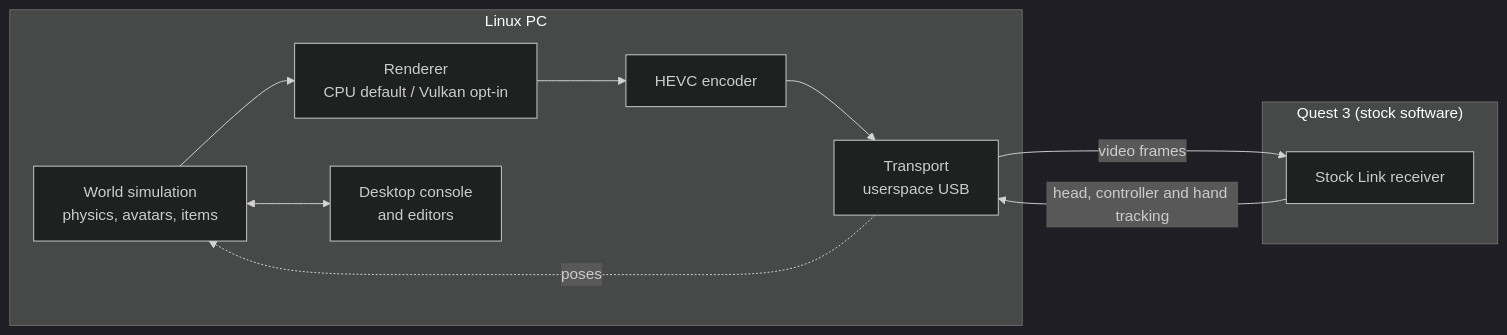
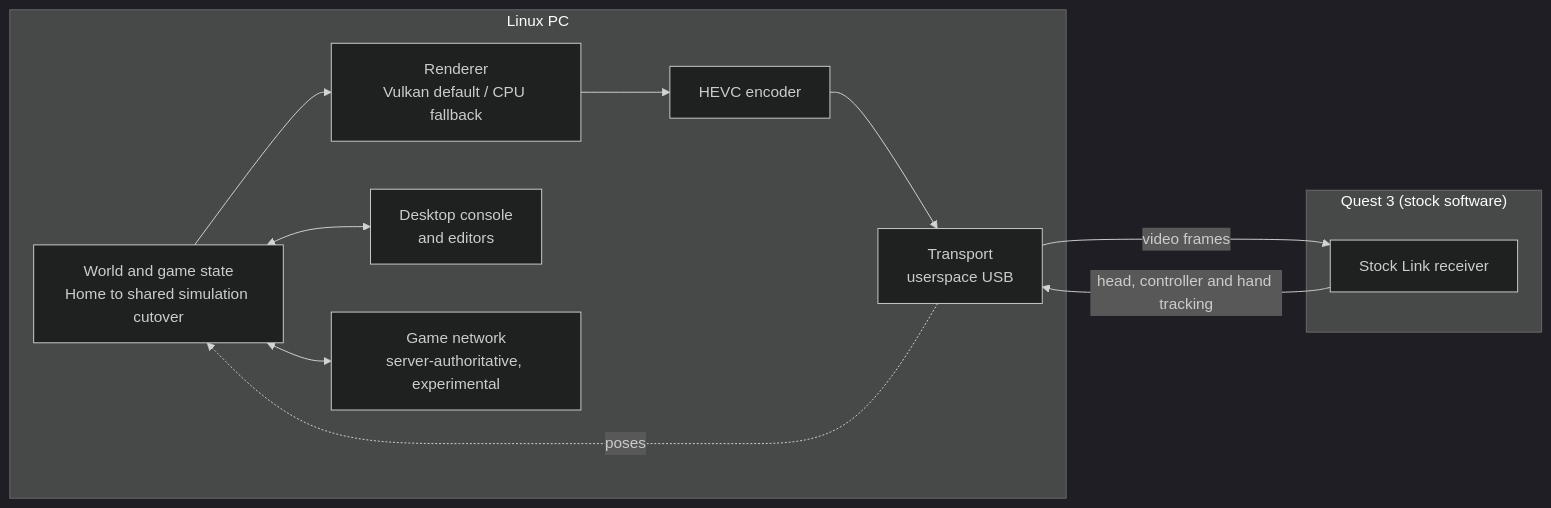
One commit to arn-c0de/QLink-preview changed the diagram in docs/ARCHITECTURE.md. Above: the diagram before and after it, drawn with Mermaid (dark theme). The commit also changed other lines of this file and 5 other files, not shown here.

Commit message:
docs: update public preview for simulation and game features

````diff
--- a/docs/ARCHITECTURE.md
+++ b/docs/ARCHITECTURE.md
@@ -7,18 +7,20 @@
 ```mermaid
 flowchart LR
     subgraph PC["Linux PC"]
-        W["World simulation<br/>physics, avatars, items"]
-        R["Renderer<br/>CPU default / Vulkan opt-in"]
+        W["World and game state<br/>Home to shared simulation cutover"]
+        R["Renderer<br/>Vulkan default / CPU fallback"]
         E["HEVC encoder"]
         T["Transport<br/>userspace USB"]
         D["Desktop console<br/>and editors"]
+        N["Game network<br/>server-authoritative, experimental"]
         W --> R --> E --> T
         W <--> D
+        W <--> N
     end
     subgraph Q["Quest 3 (stock software)"]
         L["Stock Link receiver"]
     end
     T -- "video frames" --> L
     L -- "head, controller and hand tracking" --> T
     T -. "poses" .-> W
 ```
````
